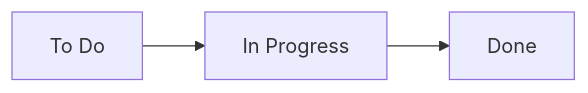
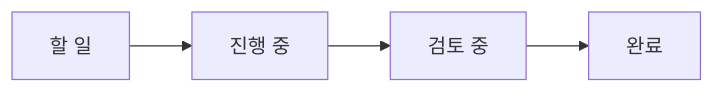
One commit to bbnotest/Smart4_PM changed the second of 2 diagrams in 02_Jira/Step4.md. Above: the diagram before and after it, drawn with Mermaid. The commit also changed other lines of this file and 2 other files, not shown here.

````diff
--- a/02_Jira/Step4.md
+++ b/02_Jira/Step4.md
@@ -41,4 +43,4 @@
 ```mermaid
 graph LR
-    A["To Do"] --> B["In Progress"] --> C["Done"]
+    A["할 일"] --> B["진행 중"] --> C["검토 중"] --> D["완료"]
 ```
````
